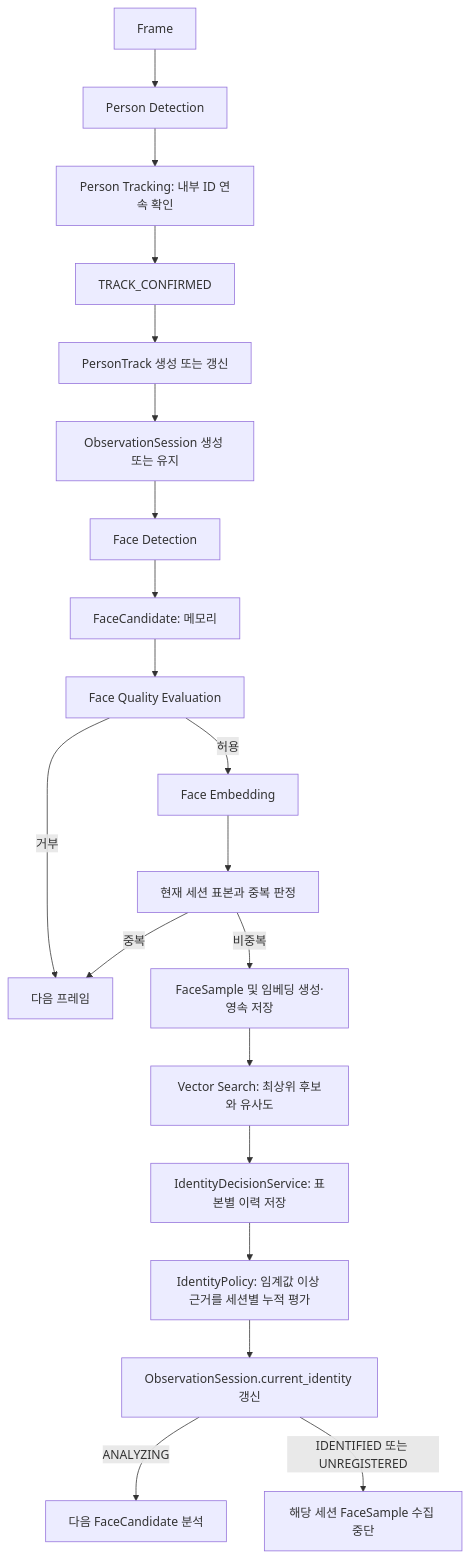
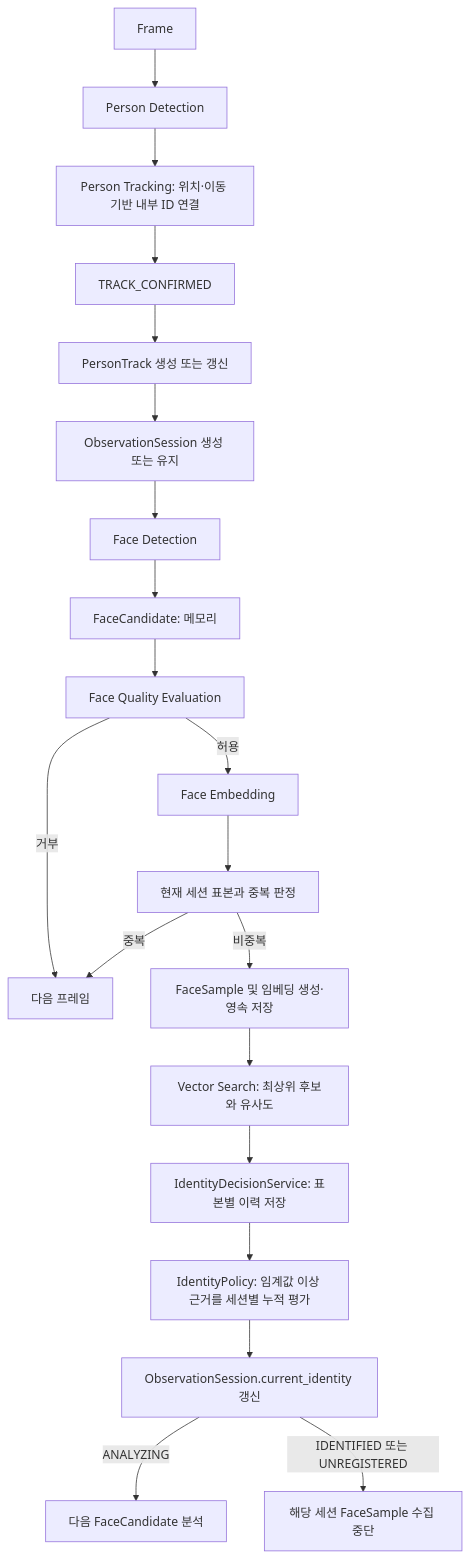
The first of 3 diagrams in docs/processing-flow.md (Macfa/local-face-recognition), drawn with Mermaid before and after one commit. The commit also changed other lines of this file and 4 other files, not shown here.

````diff
--- a/docs/processing-flow.md
+++ b/docs/processing-flow.md
@@ -5,22 +5,22 @@
 ```mermaid
 flowchart TD
     F[Frame] --> D[Person Detection]
-    D --> T[Person Tracking: 내부 ID 연속 확인]
+    D --> T[Person Tracking: 위치·이동 기반 내부 ID 연결]
     T --> P[TRACK_CONFIRMED]
     P --> PT[PersonTrack 생성 또는 갱신]
     PT --> S[ObservationSession 생성 또는 유지]
     S --> FD[Face Detection]
     FD --> FC[FaceCandidate: 메모리]
     FC --> Q[Face Quality Evaluation]
     Q -->|허용| E[Face Embedding]
     Q -->|거부| N[다음 프레임]
     E --> DU[현재 세션 표본과 중복 판정]
     DU -->|비중복| PS[FaceSample 및 임베딩 생성·영속 저장]
     DU -->|중복| N
     PS --> VS[Vector Search: 최상위 후보와 유사도]
     VS --> ID[IdentityDecisionService: 표본별 이력 저장]
     ID --> POL[IdentityPolicy: 임계값 이상 근거를 세션별 누적 평가]
     POL --> CI[ObservationSession.current_identity 갱신]
     CI -->|ANALYZING| NEXT[다음 FaceCandidate 분석]
     CI -->|IDENTIFIED 또는 UNREGISTERED| STOP[해당 세션 FaceSample 수집 중단]
 ```
````
